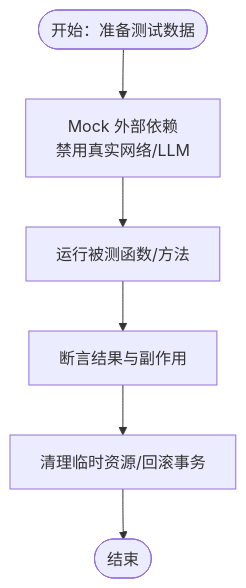
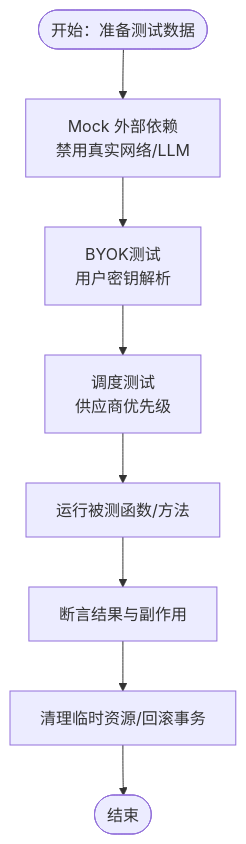
Before and after one commit to breeze-lyf/ai-stock-advisor: the third of 8 diagrams in .qoder/repowiki/zh/content/测试策略/测试策略.md, drawn with Mermaid. The commit also changed other lines of this file and 43 other files, not shown here.

````diff
--- a/.qoder/repowiki/zh/content/测试策略/测试策略.md
+++ b/.qoder/repowiki/zh/content/测试策略/测试策略.md
@@ -133,8 +150,10 @@
 ```mermaid
 flowchart TD
 Start(["开始：准备测试数据"]) --> MockCfg["Mock 外部依赖<br/>禁用真实网络/LLM"]
-MockCfg --> RunUT["运行被测函数/方法"]
+MockCfg --> ByokTest["BYOK测试<br/>用户密钥解析"]
+ByokTest --> DispatchTest["调度测试<br/>供应商优先级"]
+DispatchTest --> RunUT["运行被测函数/方法"]
 RunUT --> Assert["断言结果与副作用"]
 Assert --> Clean["清理临时资源/回滚事务"]
 Clean --> End(["结束"])
 ```
````
